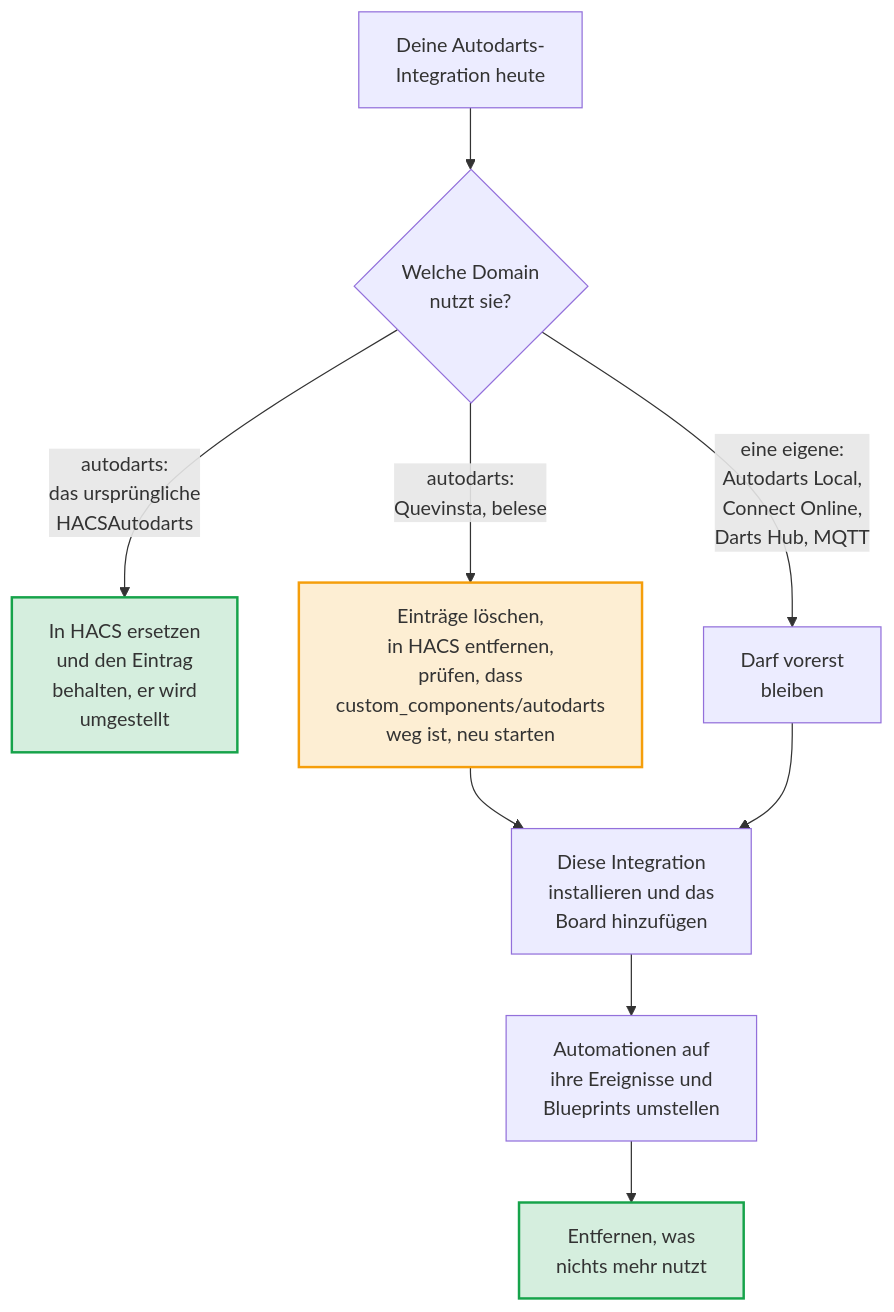
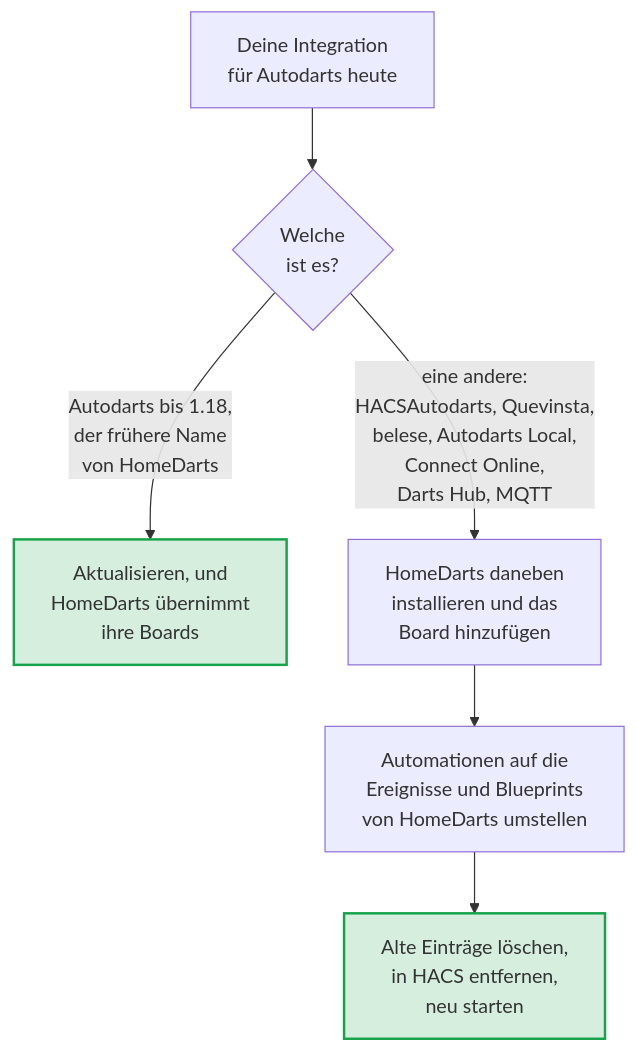
One commit to Dennis-Otto/ha-autodarts changed the diagram in docs/diagrams/coming-from.de.mmd. Above: the diagram before and after it, drawn with Mermaid. The commit also changed 506 other files, not shown here.

First line of the commit message:
feat!: HomeDarts for Autodarts, a name of its own (#442)

```diff
--- a/docs/diagrams/coming-from.de.mmd
+++ b/docs/diagrams/coming-from.de.mmd
@@ -1,15 +1,10 @@
 flowchart TB
-  accTitle: Umstieg von einer anderen Autodarts-Integration
-  accDescr: Das ursprüngliche HACSAutodarts nutzt die Domain autodarts; ersetze es in HACS und behalte seinen Eintrag, der umgestellt wird. Die Integrationen von Quevinsta und belese nutzen ebenfalls die Domain autodarts; lösche ihre Einträge, entferne sie in HACS, prüfe, dass custom_components/autodarts weg ist, und starte neu. Autodarts Local, Autodarts Connect Online, Darts Hub und MQTT-Brücken haben eine eigene Domain und dürfen vorerst bleiben. Dann installierst du diese Integration, fügst das Board hinzu, stellst die Automationen auf ihre Ereignisse und Blueprints um und entfernst, was nichts mehr nutzt.
-  OLD["Deine Autodarts-<br/>Integration heute"] --> DOMAIN{"Welche Domain<br/>nutzt sie?"}
-  DOMAIN -- "autodarts:<br/>das ursprüngliche<br/>HACSAutodarts" --> KEEP["In HACS ersetzen<br/>und den Eintrag<br/>behalten, er wird<br/>umgestellt"]
-  DOMAIN -- "autodarts:<br/>Quevinsta, belese" --> REMOVE["Einträge löschen,<br/>in HACS entfernen,<br/>prüfen, dass<br/>custom_components/autodarts<br/>weg ist, neu starten"]
-  DOMAIN -- "eine eigene:<br/>Autodarts Local,<br/>Connect Online,<br/>Darts Hub, MQTT" --> BESIDE["Darf vorerst<br/>bleiben"]
-  REMOVE --> ADD["Diese Integration<br/>installieren und das<br/>Board hinzufügen"]
-  BESIDE --> ADD
-  ADD --> MOVE["Automationen auf<br/>ihre Ereignisse und<br/>Blueprints umstellen"]
-  MOVE --> DONE["Entfernen, was<br/>nichts mehr nutzt"]
+  accTitle: Umstieg von einer anderen Integration für Autodarts
+  accDescr: Die Integration unter ihrem früheren Namen Autodarts, bis Version 1.18, ist kein anderes Werkzeug: Aktualisiere sie, und HomeDarts übernimmt ihre Boards. Jede andere Integration, etwa das ursprüngliche HACSAutodarts, die von Quevinsta oder belese, Autodarts Local, Autodarts Connect Online, Darts Hub oder eine MQTT-Brücke, darf während des Umstiegs bleiben, weil HomeDarts eine eigene Domain hat, homedarts. Installiere HomeDarts daneben und füge das Board hinzu, stell die Automationen auf die Ereignisse und Blueprints von HomeDarts um, lösche dann die Einträge der alten Integration, entferne sie in HACS und starte Home Assistant neu.
+  OLD["Deine Integration<br/>für Autodarts heute"] --> WHICH{"Welche<br/>ist es?"}
+  WHICH -- "Autodarts bis 1.18,<br/>der frühere Name<br/>von HomeDarts" --> TAKE["Aktualisieren, und<br/>HomeDarts übernimmt<br/>ihre Boards"]
+  WHICH -- "eine andere:<br/>HACSAutodarts, Quevinsta,<br/>belese, Autodarts Local,<br/>Connect Online,<br/>Darts Hub, MQTT" --> ADD["HomeDarts daneben<br/>installieren und das<br/>Board hinzufügen"]
+  ADD --> MOVE["Automationen auf die<br/>Ereignisse und Blueprints<br/>von HomeDarts umstellen"]
+  MOVE --> DONE["Alte Einträge löschen,<br/>in HACS entfernen,<br/>neu starten"]
   classDef done fill:#16a34a2e,stroke:#16a34a,stroke-width:2px
-  classDef warn fill:#f59e0b2e,stroke:#f59e0b,stroke-width:2px
-  class KEEP,DONE done
-  class REMOVE warn
+  class TAKE,DONE done
```
